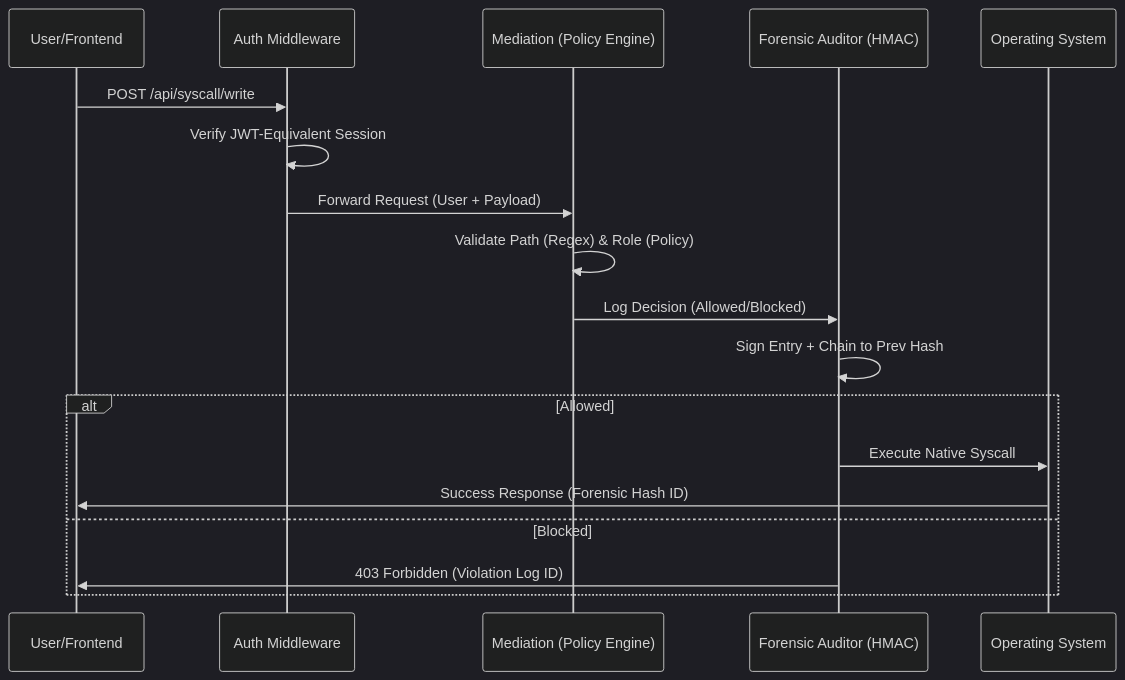
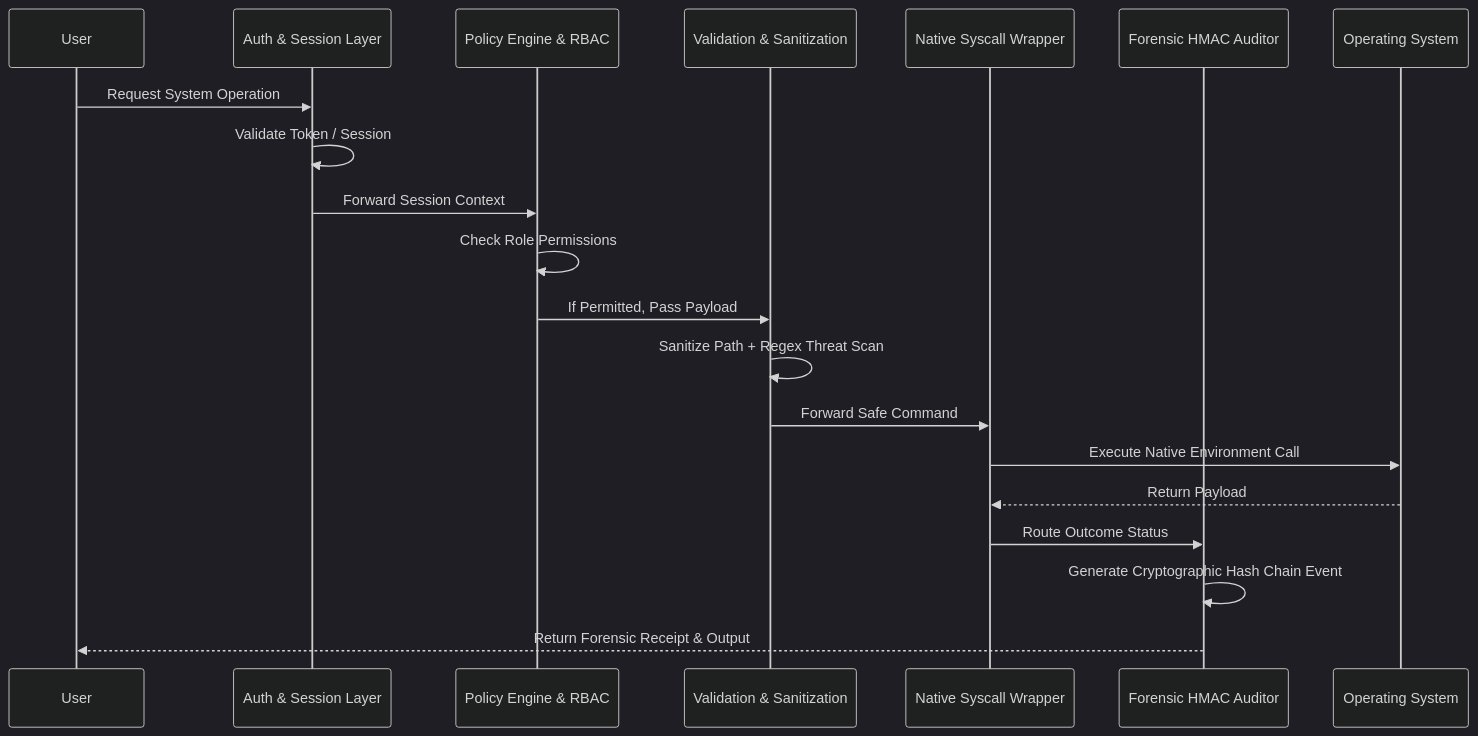
One commit to LegendTejas/Secure-System-Call-Gateway-with-Role-Based-Access-Control-and-Real-Time-Monitoring changed the diagram in PROJECT_OVERVIEW.md. Above: the diagram before and after it, drawn with Mermaid (dark theme). The commit also changed other lines of this file and 1 other file, not shown here.

Commit message:
docs: Comprehensive update to README and PROJECT_OVERVIEW with detailed architecture, folder structure, and roles

````diff
--- a/PROJECT_OVERVIEW.md
+++ b/PROJECT_OVERVIEW.md
@@ -13,21 +13,23 @@
 ```mermaid
 sequenceDiagram
-    participant U as User/Frontend
-    participant A as Auth Middleware
-    participant M as Mediation (Policy Engine)
-    participant F as Forensic Auditor (HMAC)
+    participant User
+    participant Auth as Auth & Session Layer
+    participant Policy as Policy Engine & RBAC
+    participant Validate as Validation & Sanitization
+    participant Execution as Native Syscall Wrapper
+    participant Forensic as Forensic HMAC Auditor
     participant OS as Operating System
 
-    U->>A: POST /api/syscall/write
-    A->>A: Verify JWT-Equivalent Session
-    A->>M: Forward Request (User + Payload)
-    M->>M: Validate Path (Regex) & Role (Policy)
-    M->>F: Log Decision (Allowed/Blocked)
-    F->>F: Sign Entry + Chain to Prev Hash
-    alt Allowed
-        F->>OS: Execute Native Syscall
-        OS->>U: Success Response (Forensic Hash ID)
-    else Blocked
-        F->>U: 403 Forbidden (Violation Log ID)
-    end
+    User->>Auth: Request System Operation
+    Auth->>Auth: Validate Token / Session
+    Auth->>Policy: Forward Session Context
+    Policy->>Policy: Check Role Permissions
+    Policy->>Validate: If Permitted, Pass Payload
+    Validate->>Validate: Sanitize Path + Regex Threat Scan
+    Validate->>Execution: Forward Safe Command
+    Execution->>OS: Execute Native Environment Call
+    OS-->>Execution: Return Payload
+    Execution->>Forensic: Route Outcome Status
+    Forensic->>Forensic: Generate Cryptographic Hash Chain Event
+    Forensic-->>User: Return Forensic Receipt & Output
 ```
````
